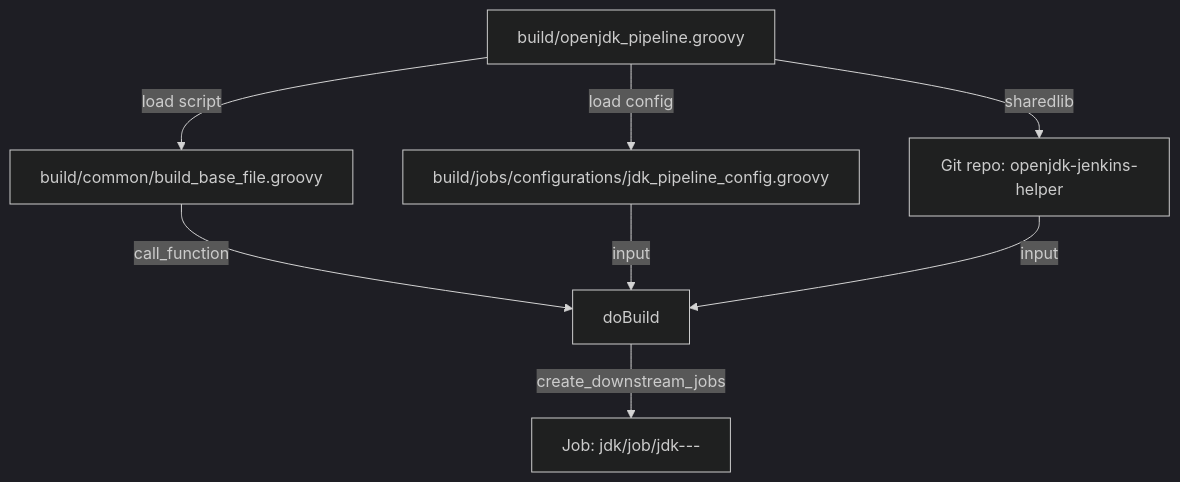
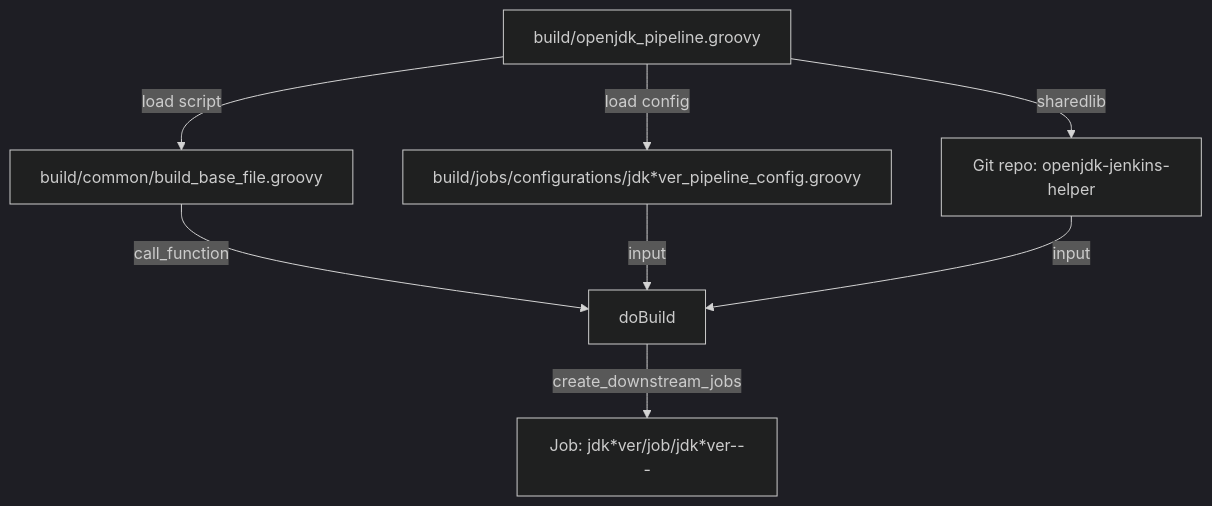
The sixth of 9 diagrams in docs/diagram.md (adoptium/ci-jenkins-pipelines), drawn with Mermaid (dark theme) before and after one commit. The commit also changed other lines of this file and 1 other file, not shown here.

````diff
--- a/docs/diagram.md
+++ b/docs/diagram.md
@@ -64,17 +64,17 @@
 ```mermaid
 flowchart TD 
 Call[build/openjdk_pipeline.groovy] --load script--> 
 Load1[build/common/build_base_file.groovy]
  
-Call --load config--> Load2[build/jobs/configurations/jdk<ver>_pipeline_config.groovy]
+Call --load config--> Load2[build/jobs/configurations/jdk*ver_pipeline_config.groovy]
 
 Call --sharedlib --> 
 Load3[Git repo: openjdk-jenkins-helper]
 
 Load1 --call_function--> Build[doBuild]
 Load2 --input--> Build
 Load3 --input--> Build
 
 Build --create_downstream_jobs --> 
-Done[Job: jdk<ver>/job/jdk<ver>-<os>-<arch>-<variant>]
+Done[Job: jdk*ver/job/jdk*ver-<os>-<arch>-<variant>]
 ```
````
